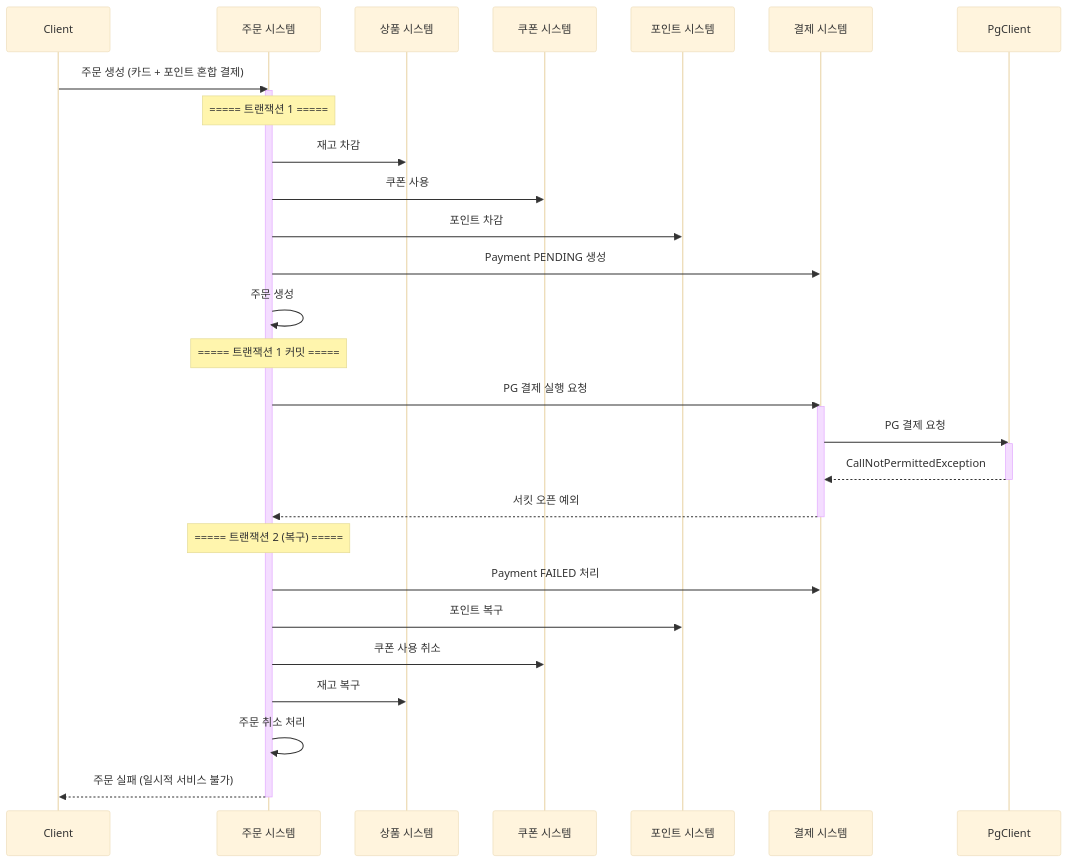
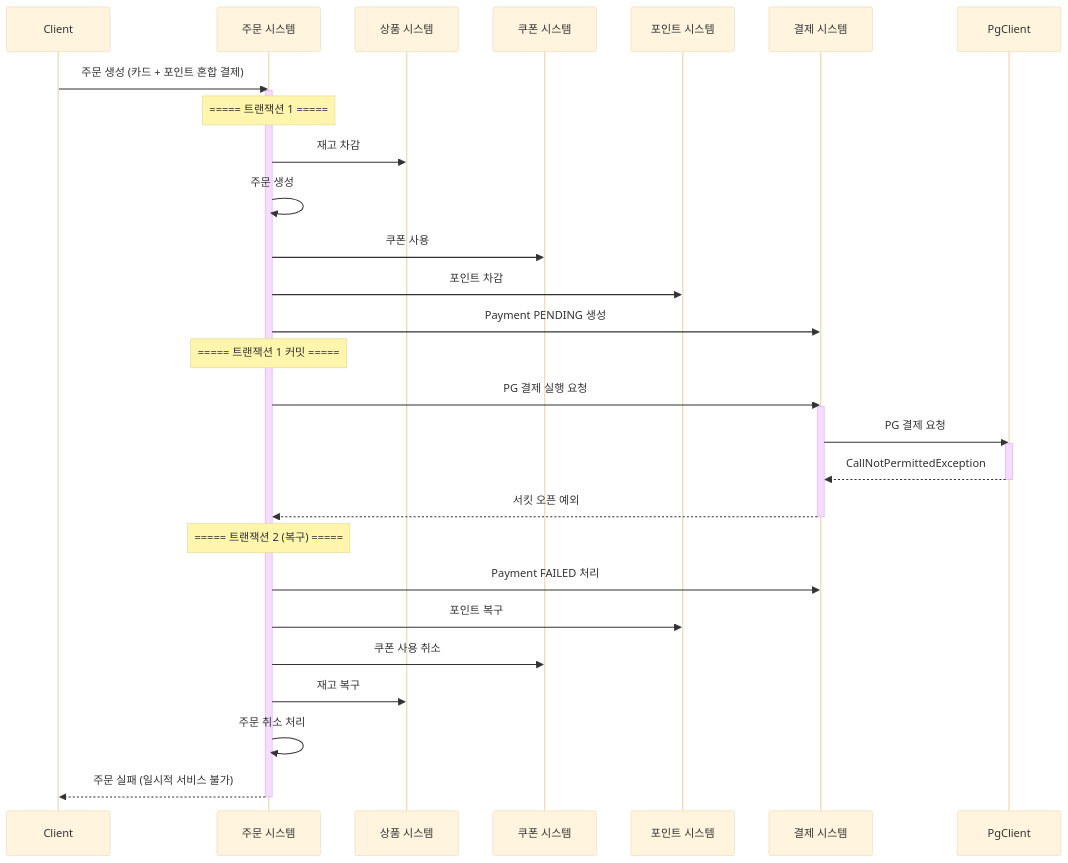
The second of 7 diagrams in docs/week6/솔루션_설계_문서.md (Loopers-dev-lab/loopers-spring-kotlin-template), drawn with Mermaid (base theme) before and after one commit. The commit also changed other lines of this file and 1 other file, not shown here.

````diff
--- a/docs/week6/솔루션_설계_문서.md
+++ b/docs/week6/솔루션_설계_문서.md
@@ -212,35 +214,35 @@
 ```mermaid
 sequenceDiagram
     participant C as Client
     participant OF as 주문 시스템
     participant PS as 상품 시스템
     participant CS as 쿠폰 시스템
     participant POS as 포인트 시스템
     participant PMS as 결제 시스템
     participant PG as PgClient
     C ->> OF: 주문 생성 (카드 + 포인트 혼합 결제)
     activate OF
     Note over OF: ===== 트랜잭션 1 =====
     OF ->> PS: 재고 차감
+    OF ->> OF: 주문 생성
     OF ->> CS: 쿠폰 사용
     OF ->> POS: 포인트 차감
     OF ->> PMS: Payment PENDING 생성
-    OF ->> OF: 주문 생성
     Note over OF: ===== 트랜잭션 1 커밋 =====
     OF ->> PMS: PG 결제 실행 요청
     activate PMS
     PMS ->> PG: PG 결제 요청
     activate PG
     PG -->> PMS: CallNotPermittedException
     deactivate PG
     PMS -->> OF: 서킷 오픈 예외
     deactivate PMS
     Note over OF: ===== 트랜잭션 2 (복구) =====
     OF ->> PMS: Payment FAILED 처리
     OF ->> POS: 포인트 복구
     OF ->> CS: 쿠폰 사용 취소
     OF ->> PS: 재고 복구
     OF ->> OF: 주문 취소 처리
     OF -->> C: 주문 실패 (일시적 서비스 불가)
     deactivate OF
 ```
````
